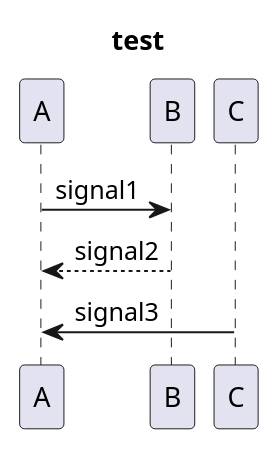
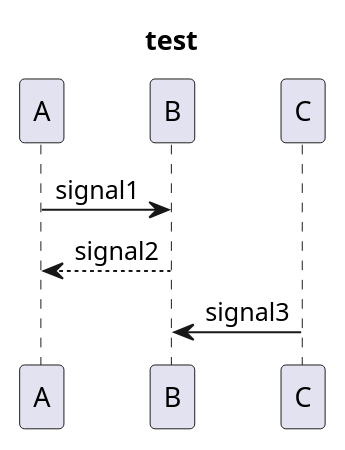
Before and after one commit to MoorisWhite/weiwei: the diagram in test.pu, drawn with PlantUML.

Commit message:
CからBに信号を送る

```diff
--- a/test.pu
+++ b/test.pu
@@ -1,8 +1,8 @@
 @startuml
 title test
 
 A -> B : signal1
 B --> A : signal2
-C -> A:signal3
+C -> B:signal3
 
 @enduml
```
